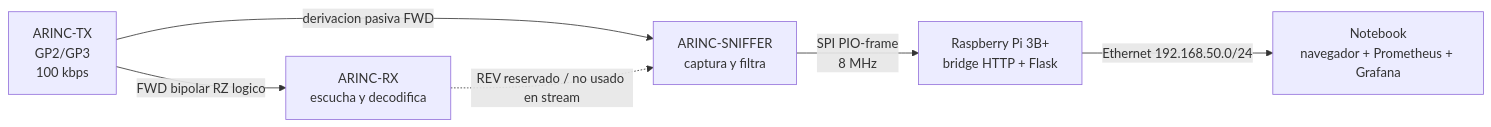
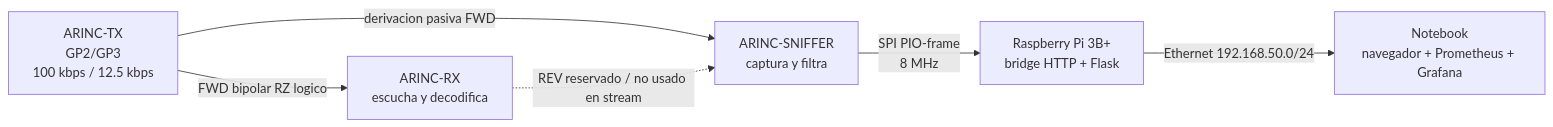
One commit to matiasdiazbenini/ARINC_SPI changed the diagram in docs/diagramas_bloques/README.md. Above: the diagram before and after it, drawn with Mermaid. The commit also changed 20 other files, not shown here.

````diff
--- a/docs/diagramas_bloques/README.md
+++ b/docs/diagramas_bloques/README.md
@@ -39,8 +39,8 @@
 ```mermaid
 flowchart LR
-    TX["ARINC-TX<br/>GP2/GP3<br/>100 kbps"] -->|FWD bipolar RZ logico| RX["ARINC-RX<br/>escucha y decodifica"]
+    TX["ARINC-TX<br/>GP2/GP3<br/>100 kbps / 12.5 kbps"] -->|FWD bipolar RZ logico| RX["ARINC-RX<br/>escucha y decodifica"]
     TX -->|derivacion pasiva FWD| SN["ARINC-SNIFFER<br/>captura y filtra"]
     RX -.->|REV reservado / no usado en stream| SN
     SN -->|SPI PIO-frame<br/>8 MHz| PI["Raspberry Pi 3B+<br/>bridge HTTP + Flask"]
     PI -->|Ethernet 192.168.50.0/24| PC["Notebook<br/>navegador + Prometheus + Grafana"]
 ```
````
